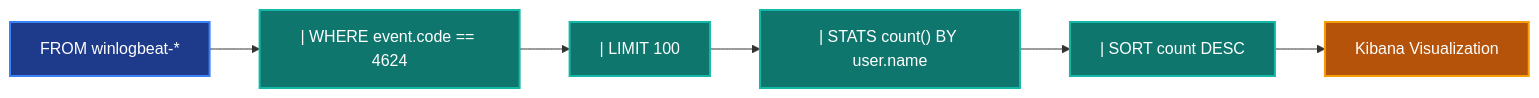
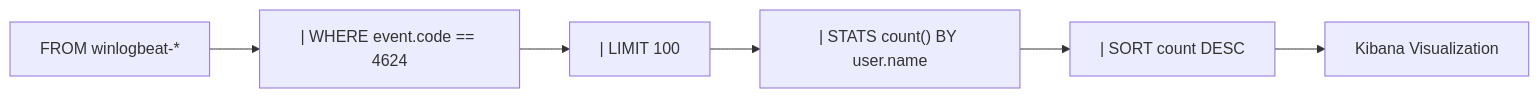
One commit to yusufarbc/yusufarbc changed the second of 3 diagrams in website/content/elastic-stack/en.md. Above: the diagram before and after it, drawn with Mermaid. The commit also changed other lines of this file and 24 other files, not shown here.

````diff
--- a/website/content/elastic-stack/en.md
+++ b/website/content/elastic-stack/en.md
@@ -100,19 +93,15 @@
 ```mermaid
 graph LR
-    classDef step fill:#1e3a8a,stroke:#3b82f6,stroke-width:2px,color:#fff;
-    classDef filter fill:#0f766e,stroke:#14b8a6,stroke-width:2px,color:#fff;
-    classDef output fill:#b45309,stroke:#f59e0b,stroke-width:2px,color:#fff;
-
-    Index["FROM winlogbeat-*"]:::step
-    Filter["| WHERE event.code == 4624"]:::filter
-    Limit["| LIMIT 100"]:::filter
-    Stats["| STATS count() BY user.name"]:::filter
-    Sort["| SORT count DESC"]:::filter
-    Result["Kibana Visualization"]:::output
+    Index["FROM winlogbeat-*"]
+    Filter["| WHERE event.code == 4624"]
+    Limit["| LIMIT 100"]
+    Stats["| STATS count() BY user.name"]
+    Sort["| SORT count DESC"]
+    Result["Kibana Visualization"]
 
     Index --> Filter
     Filter --> Limit
     Limit --> Stats
     Stats --> Sort
     Sort --> Result
 ```
````
